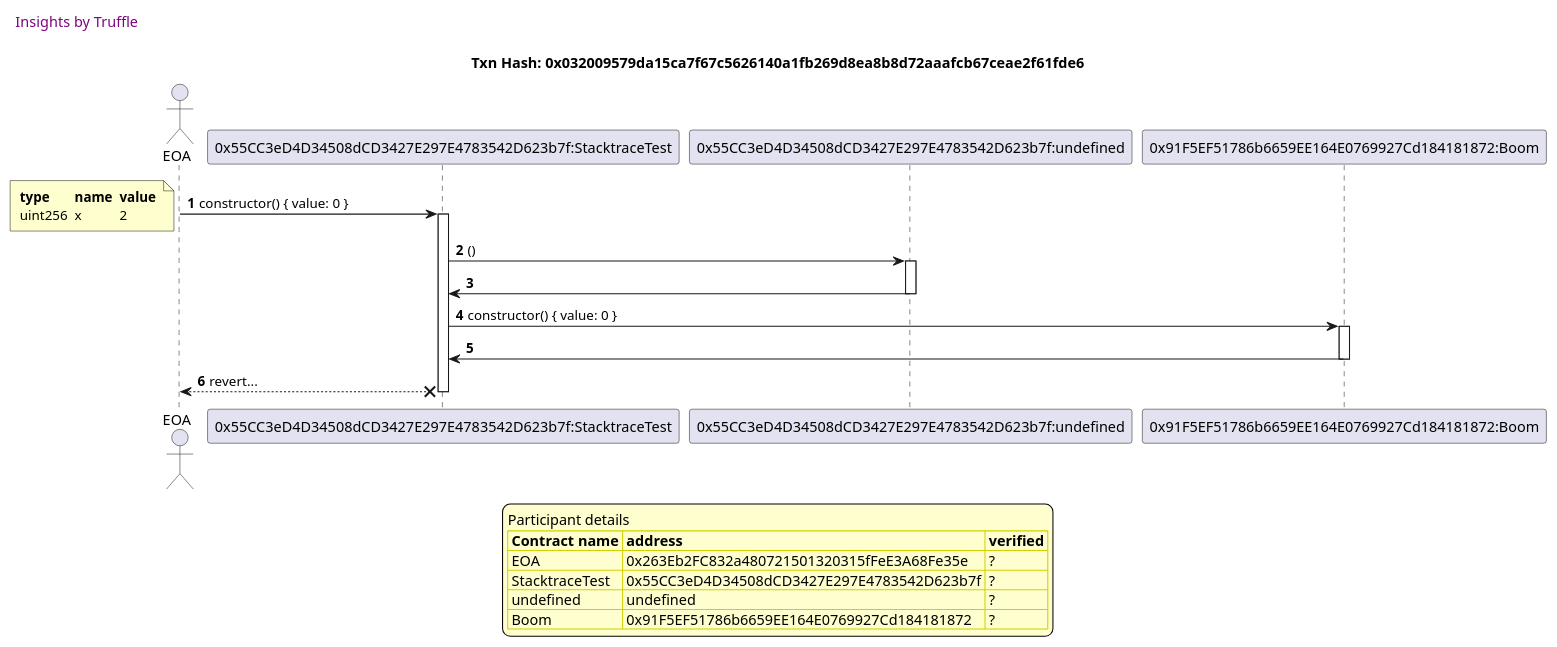
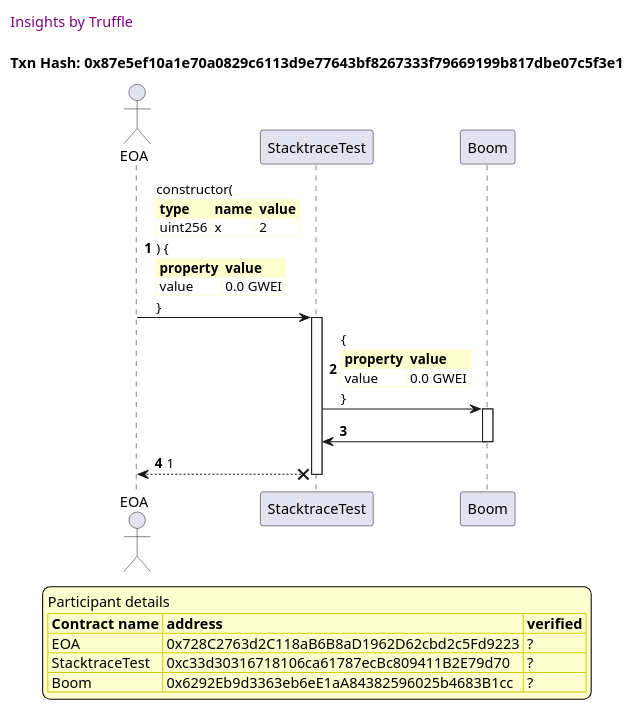
Before and after one commit to trufflesuite/txlog-seedlings: the ninth of 11 diagrams in truffle-seq/stacktrace.test.md, drawn with PlantUML. The commit also changed other lines of this file and 5 other files, not shown here.

````diff
--- a/truffle-seq/stacktrace.test.md
+++ b/truffle-seq/stacktrace.test.md
@@ -566,55 +644,59 @@
 ```plantuml
+
+
 @startuml
 
 autonumber
-
 skinparam legendBackgroundColor #FEFECE
 
 <style>
-
-header {
-  HorizontalAlignment left
-  FontColor purple
-  FontSize 14
-  Padding 10
-}
-
-</style>
-
+      header {
+        HorizontalAlignment left
+        FontColor purple
+        FontSize 14
+        Padding 10
+      }
+    </style>
 
 header Insights by Truffle
 
-title Txn Hash: 0x032009579da15ca7f67c5626140a1fb269d8ea8b8d72aaafcb67ceae2f61fde6
+title Txn Hash: 0x87e5ef10a1e70a0829c6113d9e77643bf8267333f79669199b817dbe07c5f3e1
+
 
 actor EOA as "EOA"
-participant StacktraceTest_01 as "0x55CC3eD4D34508dCD3427E297E4783542D623b7f:StacktraceTest"
-participant undefined_01 as "0x55CC3eD4D34508dCD3427E297E4783542D623b7f:undefined"
-participant Boom_01 as "0x91F5EF51786b6659EE164E0769927Cd184181872:Boom"
 
-EOA -> StacktraceTest_01 ++: constructor() { value: 0 }
-note left #FEFECE
-<#FEFECE,#FEFECE>|= type |= name |= value |
-| uint256 | x | 2 |
-end note
+participant StacktraceTest as "StacktraceTest"
 
-StacktraceTest_01 -> undefined_01 ++: () 
-undefined_01 -> StacktraceTest_01 --: 
-StacktraceTest_01 -> Boom_01 ++: constructor() { value: 0 }
-Boom_01 -> StacktraceTest_01 --: 
-StacktraceTest_01 x--> EOA: revert...
-deactivate StacktraceTest_01
+participant Boom as "Boom"
+
+"EOA" -> "StacktraceTest" ++: constructor(\n\
+<#FEFECE,#FEFECE>|= type |= name |= value |\n\
+| uint256 | x | 2 |\n\
+) {\n\
+<#FEFECE,#FEFECE>|= property |= value|\n\
+| value | 0.0 GWEI |\n\
+}
+
+"StacktraceTest" -> "Boom" ++: {\n\
+<#FEFECE,#FEFECE>|= property |= value|\n\
+| value | 0.0 GWEI |\n\
+}
+
+"Boom" -> "StacktraceTest" --: 
+
+"StacktraceTest" x--> "EOA" : 1
+
+deactivate "StacktraceTest"
 
 
 legend
 Participant details
 <#FEFECE,#D0D000>|= Contract name |= address |= verified |
-<#FEFECE>| EOA | 0x263Eb2FC832a480721501320315fFeE3A68Fe35e | ? |
-<#FEFECE>| StacktraceTest | 0x55CC3eD4D34508dCD3427E297E4783542D623b7f | ? |
-<#FEFECE>| undefined | undefined | ? |
-<#FEFECE>| Boom | 0x91F5EF51786b6659EE164E0769927Cd184181872 | ? |
+<#FEFECE>| EOA | 0x728C2763d2C118aB6B8aD1962D62cbd2c5Fd9223 | ? |
+<#FEFECE>| StacktraceTest | 0xc33d30316718106ca61787ecBc809411B2E79d70 | ? |
+<#FEFECE>| Boom | 0x6292Eb9d3363eb6eE1aA84382596025b4683B1cc | ? |
 endlegend
-
 
 
 @enduml
 ```
````
